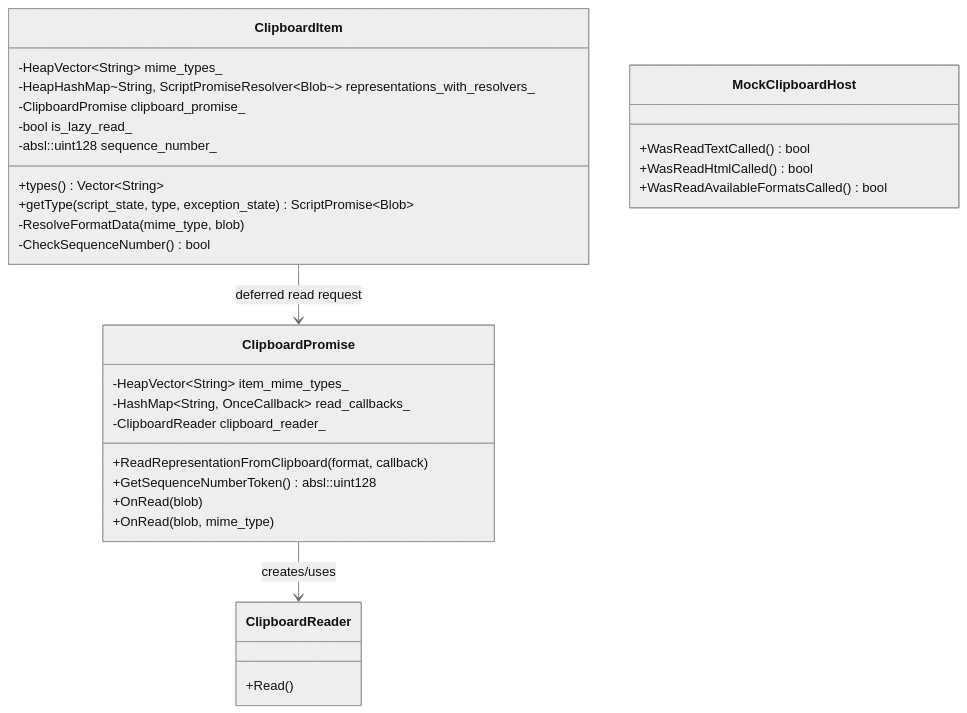
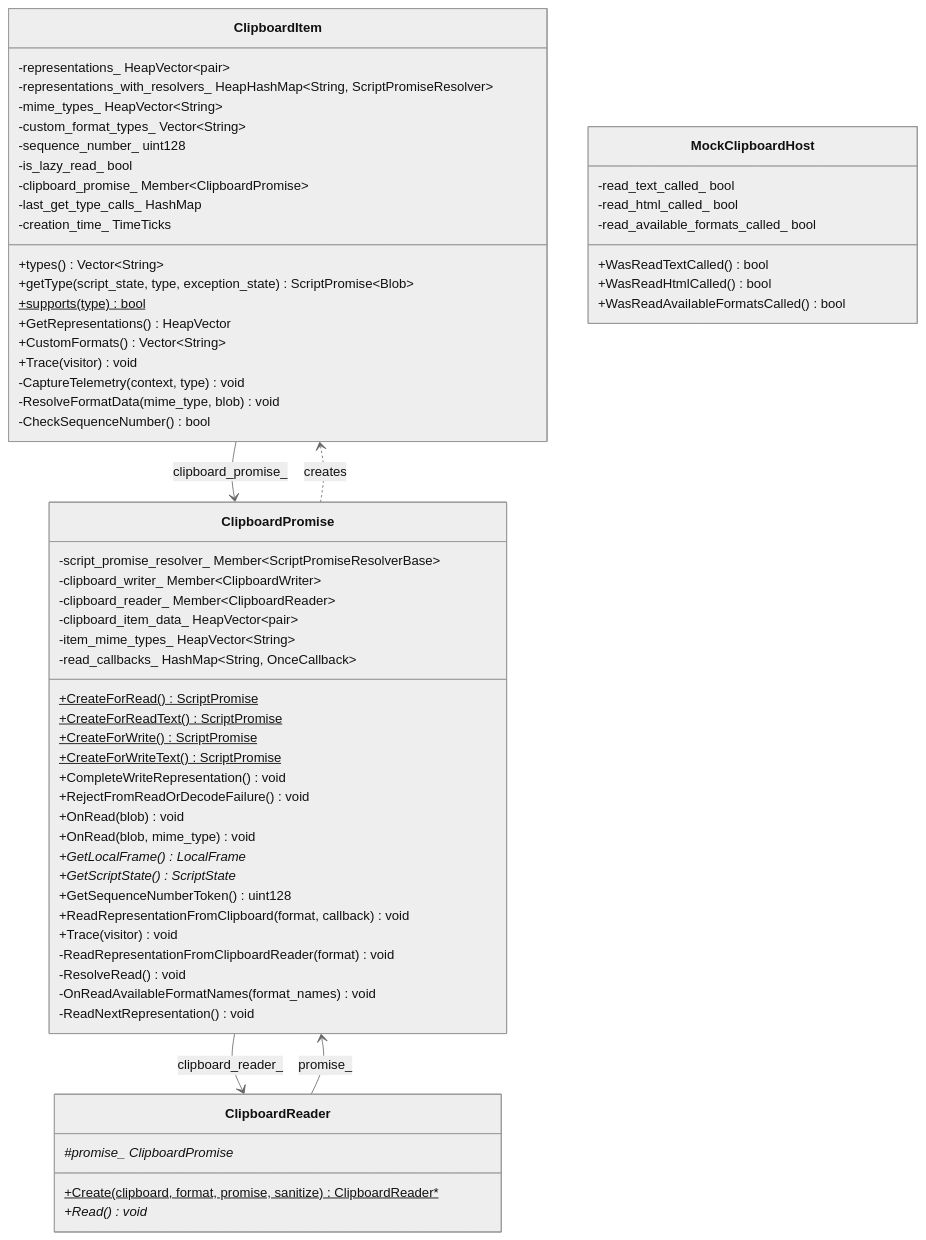
The third of 4 diagrams in fixes/cl-6978530-20260221/lld.md (roraja/cr-llm-docs), drawn with Mermaid (neutral theme) before and after one commit. The commit also changed other lines of this file, not shown here.

````diff
--- a/fixes/cl-6978530-20260221/lld.md
+++ b/fixes/cl-6978530-20260221/lld.md
@@ -1216,37 +322,69 @@
 ```mermaid
 classDiagram
-    class ClipboardPromise {
-        +ReadRepresentationFromClipboard(format, callback)
-        +GetSequenceNumberToken() absl::uint128
-        +OnRead(blob)
-        +OnRead(blob, mime_type)
-        -HeapVector~String~ item_mime_types_
-        -HashMap~String, OnceCallback~ read_callbacks_
-        -ClipboardReader clipboard_reader_
-    }
-
     class ClipboardItem {
         +types() Vector~String~
         +getType(script_state, type, exception_state) ScriptPromise~Blob~
-        -ResolveFormatData(mime_type, blob)
+        +supports(type) bool$
+        +GetRepresentations() HeapVector
+        +CustomFormats() Vector~String~
+        +Trace(visitor) void
+        -CaptureTelemetry(context, type) void
+        -ResolveFormatData(mime_type, blob) void
         -CheckSequenceNumber() bool
-        -HeapVector~String~ mime_types_
-        -HeapHashMap~String, ScriptPromiseResolver~Blob~~ representations_with_resolvers_
-        -ClipboardPromise clipboard_promise_
-        -bool is_lazy_read_
-        -absl::uint128 sequence_number_
+        -representations_ HeapVector~pair~
+        -representations_with_resolvers_ HeapHashMap~String, ScriptPromiseResolver~
+        -mime_types_ HeapVector~String~
+        -custom_format_types_ Vector~String~
+        -sequence_number_ uint128
+        -is_lazy_read_ bool
+        -clipboard_promise_ Member~ClipboardPromise~
+        -last_get_type_calls_ HashMap
+        -creation_time_ TimeTicks
+    }
+
+    class ClipboardPromise {
+        +CreateForRead()$ ScriptPromise
+        +CreateForReadText()$ ScriptPromise
+        +CreateForWrite()$ ScriptPromise
+        +CreateForWriteText()$ ScriptPromise
+        +CompleteWriteRepresentation() void
+        +RejectFromReadOrDecodeFailure() void
+        +OnRead(blob) void
+        +OnRead(blob, mime_type) void
+        +GetLocalFrame() LocalFrame*
+        +GetScriptState() ScriptState*
+        +GetSequenceNumberToken() uint128
+        +ReadRepresentationFromClipboard(format, callback) void
+        +Trace(visitor) void
+        -ReadRepresentationFromClipboardReader(format) void
+        -ResolveRead() void
+        -OnReadAvailableFormatNames(format_names) void
+        -ReadNextRepresentation() void
+        -script_promise_resolver_ Member~ScriptPromiseResolverBase~
+        -clipboard_writer_ Member~ClipboardWriter~
+        -clipboard_reader_ Member~ClipboardReader~
+        -clipboard_item_data_ HeapVector~pair~
+        -item_mime_types_ HeapVector~String~
+        -read_callbacks_ HashMap~String, OnceCallback~
     }
 
     class ClipboardReader {
-        +Read()
+        +Create(clipboard, format, promise, sanitize)$ ClipboardReader*
+        +Read() void*
+        #promise_ ClipboardPromise*
     }
 
     class MockClipboardHost {
         +WasReadTextCalled() bool
         +WasReadHtmlCalled() bool
         +WasReadAvailableFormatsCalled() bool
+        -read_text_called_ bool
+        -read_html_called_ bool
+        -read_available_formats_called_ bool
     }
 
-    ClipboardItem --> ClipboardPromise : deferred read request
-    ClipboardPromise --> ClipboardReader : creates/uses
+    ClipboardItem --> ClipboardPromise : clipboard_promise_
+    ClipboardPromise --> ClipboardReader : clipboard_reader_
+    ClipboardReader --> ClipboardPromise : promise_
+    ClipboardPromise ..> ClipboardItem : creates
 ```
````
